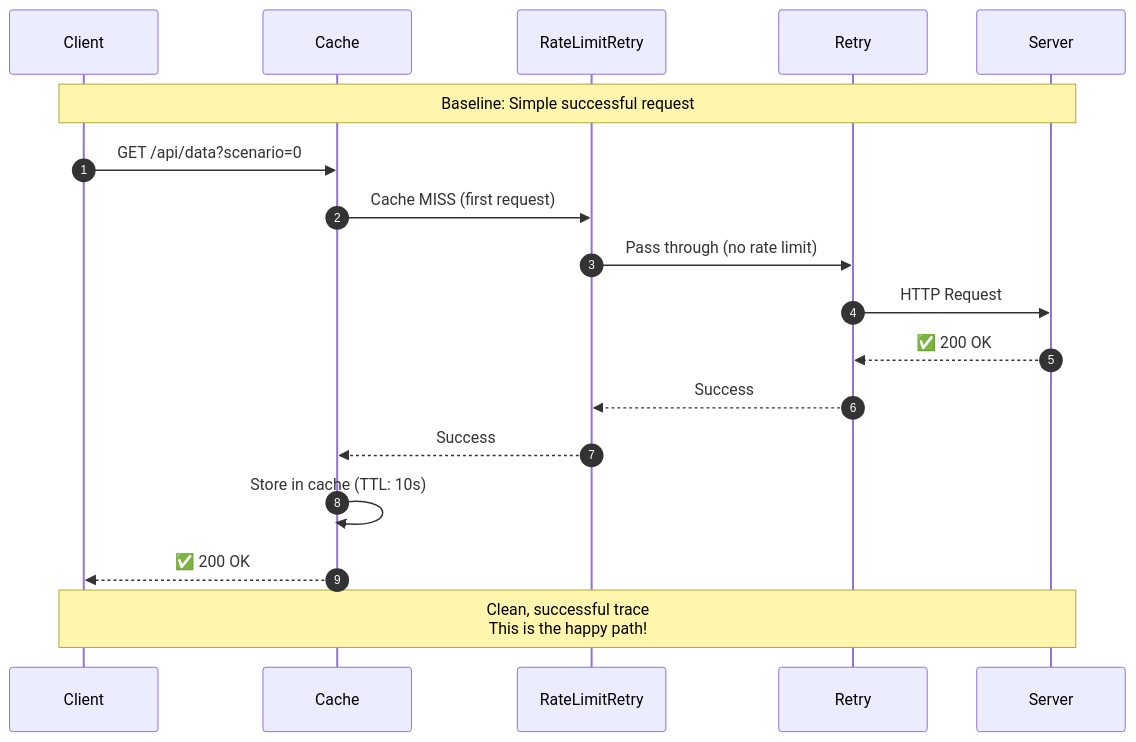
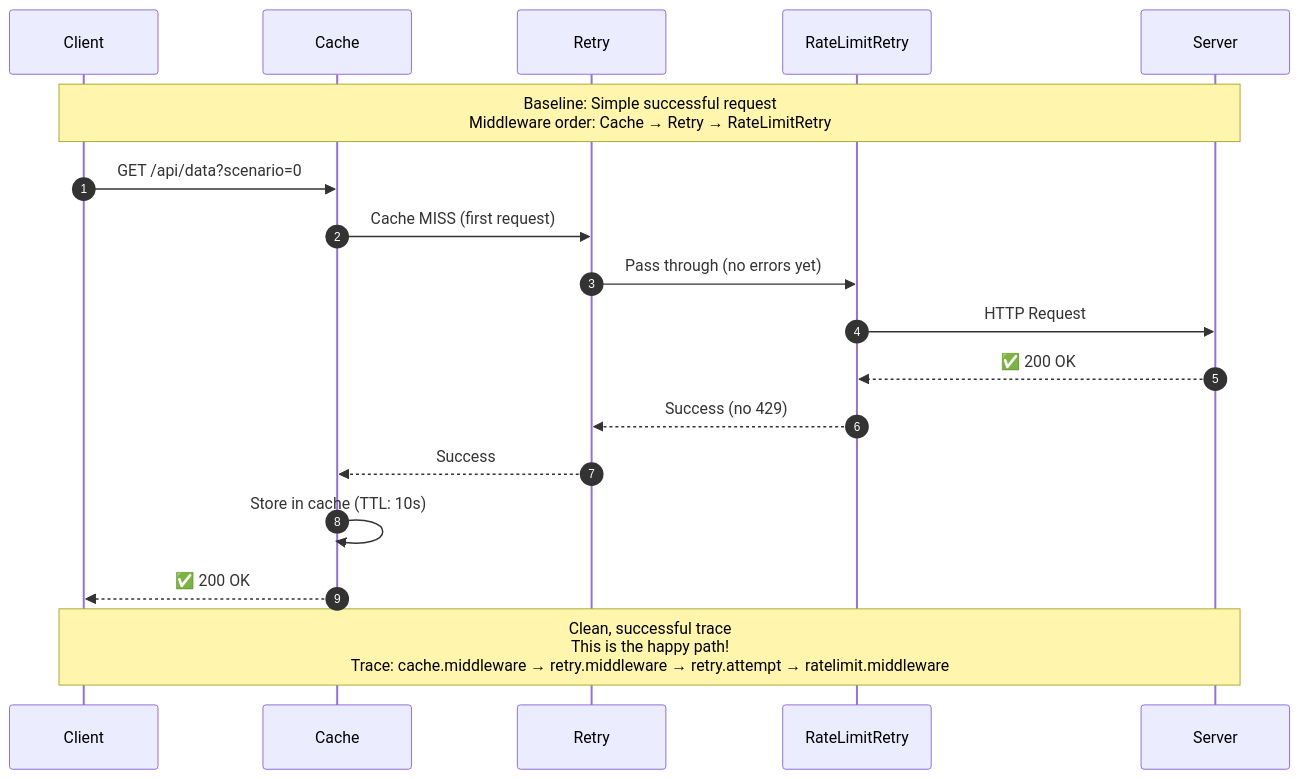
One commit to halyph/mindflow-http-middleware-patterns changed the diagram in diagrams/scenario-0-baseline.md. Above: the diagram before and after it, drawn with Mermaid. The commit also changed 11 other files, not shown here.

Commit message:
updated middleware order

````diff
--- a/diagrams/scenario-0-baseline.md
+++ b/diagrams/scenario-0-baseline.md
@@ -3,23 +3,23 @@
 ```mermaid
 sequenceDiagram
     autonumber
     participant Client
     participant Cache
+    participant Retry
     participant RateLimitRetry
-    participant Retry
     participant Server
 
-    Note over Client,Server: Baseline: Simple successful request
+    Note over Client,Server: Baseline: Simple successful request<br/>Middleware order: Cache → Retry → RateLimitRetry
 
     Client->>Cache: GET /api/data?scenario=0
-    Cache->>RateLimitRetry: Cache MISS (first request)
-    RateLimitRetry->>Retry: Pass through (no rate limit)
-    Retry->>Server: HTTP Request
-    Server-->>Retry: ✅ 200 OK
-    Retry-->>RateLimitRetry: Success
-    RateLimitRetry-->>Cache: Success
+    Cache->>Retry: Cache MISS (first request)
+    Retry->>RateLimitRetry: Pass through (no errors yet)
+    RateLimitRetry->>Server: HTTP Request
+    Server-->>RateLimitRetry: ✅ 200 OK
+    RateLimitRetry-->>Retry: Success (no 429)
+    Retry-->>Cache: Success
     Cache->>Cache: Store in cache (TTL: 10s)
     Cache-->>Client: ✅ 200 OK
 
-    Note over Client,Server: Clean, successful trace<br/>This is the happy path!
+    Note over Client,Server: Clean, successful trace<br/>This is the happy path!<br/>Trace: cache.middleware → retry.middleware → retry.attempt → ratelimit.middleware
 ```
````
